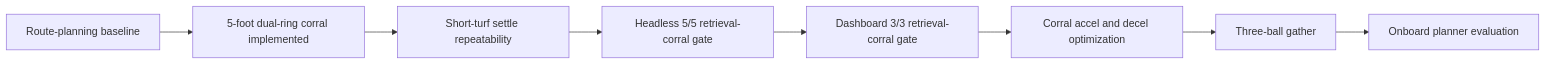
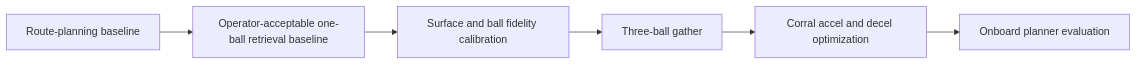
One commit to fsmalkin/chasebot changed the diagram in docs/ROADMAP_2026_H2.md. Above: the diagram before and after it, drawn with Mermaid. The commit also changed other lines of this file and 2 other files, not shown here.

Commit message:
docs: lock retrieval baseline and shift to fidelity calibration

````diff
--- a/docs/ROADMAP_2026_H2.md
+++ b/docs/ROADMAP_2026_H2.md
@@ -151,10 +151,8 @@
 ```mermaid
 flowchart LR
-    A[Route-planning baseline] --> B[5-foot dual-ring corral implemented]
-    B --> C[Short-turf settle repeatability]
-    C --> D[Headless 5/5 retrieval-corral gate]
-    D --> E[Dashboard 3/3 retrieval-corral gate]
-    E --> F[Corral accel and decel optimization]
-    F --> G[Three-ball gather]
-    G --> H[Onboard planner evaluation]
+    A[Route-planning baseline] --> B[Operator-acceptable one-ball retrieval baseline]
+    B --> C[Surface and ball fidelity calibration]
+    C --> D[Three-ball gather]
+    D --> E[Corral accel and decel optimization]
+    E --> F[Onboard planner evaluation]
 ```
````
